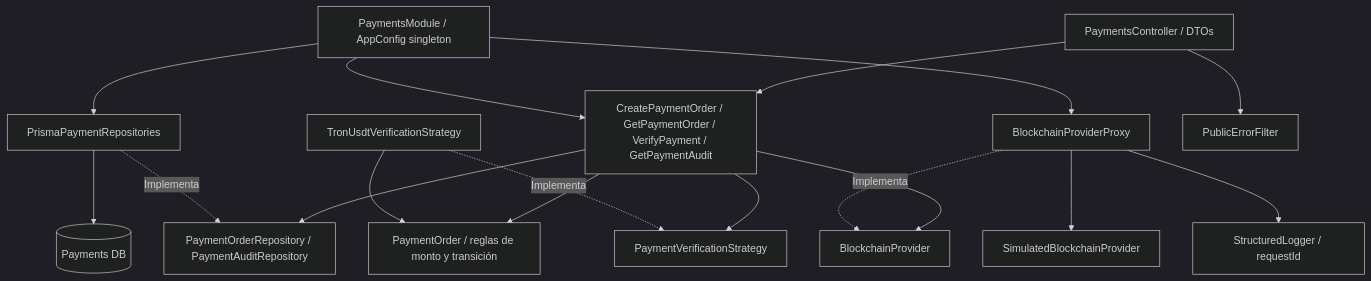
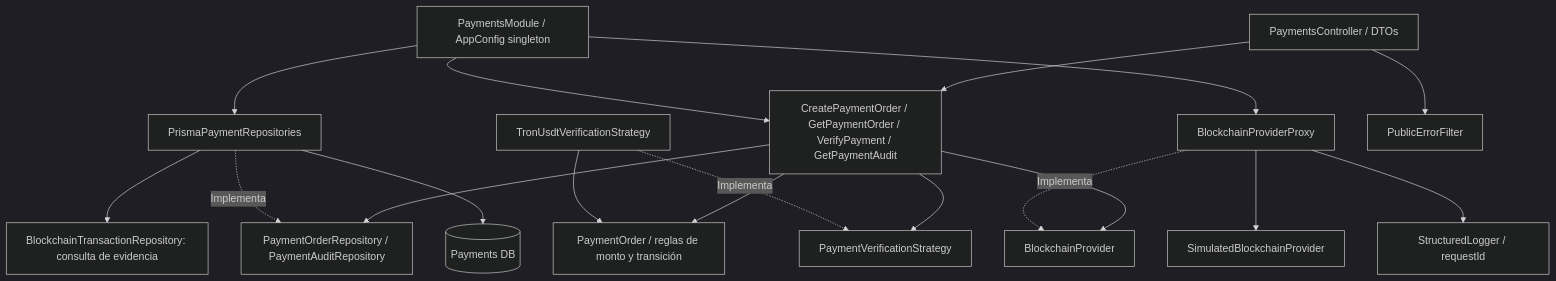
Before and after one commit to RS04a/ervanula: the diagram in docs/c4-components.md, drawn with Mermaid (dark theme). The commit also changed other lines of this file and 14 other files, not shown here.

````diff
--- a/docs/c4-components.md
+++ b/docs/c4-components.md
@@ -3,19 +3,20 @@
 ```mermaid
 flowchart TB
  HTTP["PaymentsController / DTOs"] --> UC["CreatePaymentOrder / GetPaymentOrder / VerifyPayment / GetPaymentAudit"]
  UC --> RULES["PaymentOrder / reglas de monto y transición"]
  UC --> RP["PaymentOrderRepository / PaymentAuditRepository"]
  PR["PrismaPaymentRepositories"] -.->|Implementa| RP
+ PR --> TX["BlockchainTransactionRepository: consulta de evidencia"]
  PR --> DB[("Payments DB")]
  UC --> SP["PaymentVerificationStrategy"]
  S["TronUsdtVerificationStrategy"] -.->|Implementa| SP
  S --> RULES
  UC --> BP["BlockchainProvider"]
  PX["BlockchainProviderProxy"] -.->|Implementa| BP
  PX --> SIM["SimulatedBlockchainProvider"]
  PX --> LOG["StructuredLogger / requestId"]
  HTTP --> ERR["PublicErrorFilter"]
  DI["PaymentsModule / AppConfig singleton"] --> UC
  DI --> PR
  DI --> PX
 ```
````
